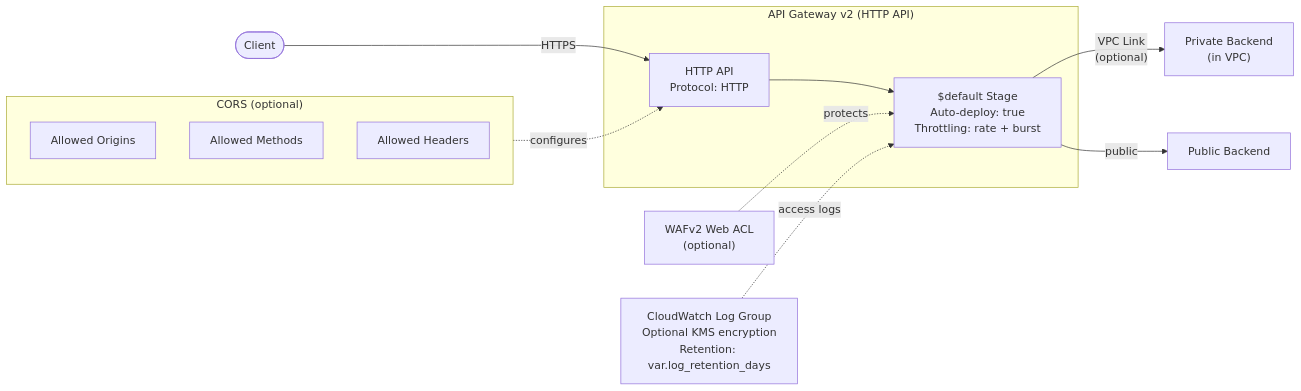
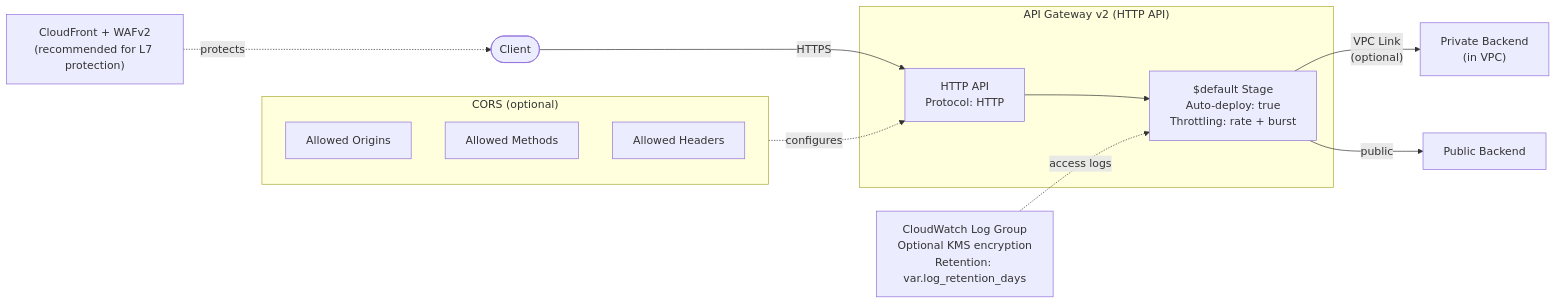
Before and after one commit to jsandov/mcp-infra: the diagram in docs/architecture/api-gateway.md, drawn with Mermaid. The commit also changed other lines of this file and 1 other file, not shown here.

````diff
--- a/docs/architecture/api-gateway.md
+++ b/docs/architecture/api-gateway.md
@@ -3,25 +3,25 @@
 ```mermaid
 flowchart LR
     Client(["Client"]) -->|"HTTPS"| API
 
     subgraph APIGW["API Gateway v2 (HTTP API)"]
         API["HTTP API<br/>Protocol: HTTP"]
         Stage["$default Stage<br/>Auto-deploy: true<br/>Throttling: rate + burst"]
     end
 
     API --> Stage
 
     Stage -->|"VPC Link<br/>(optional)"| Backend["Private Backend<br/>(in VPC)"]
     Stage -->|"public"| PublicBackend["Public Backend"]
 
-    WAF["WAFv2 Web ACL<br/>(optional)"] -.->|"protects"| Stage
+    WAF["CloudFront + WAFv2<br/>(recommended for L7 protection)"] -.->|"protects"| Client
     CWLogs["CloudWatch Log Group<br/>Optional KMS encryption<br/>Retention: var.log_retention_days"] -.->|"access logs"| Stage
 
     subgraph CORS["CORS (optional)"]
         Origins["Allowed Origins"]
         Methods["Allowed Methods"]
         Headers["Allowed Headers"]
     end
 
     CORS -.->|"configures"| API
 ```
````
